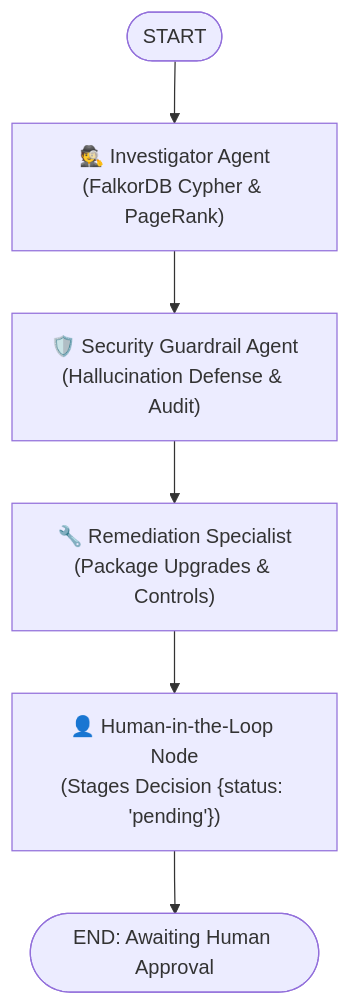
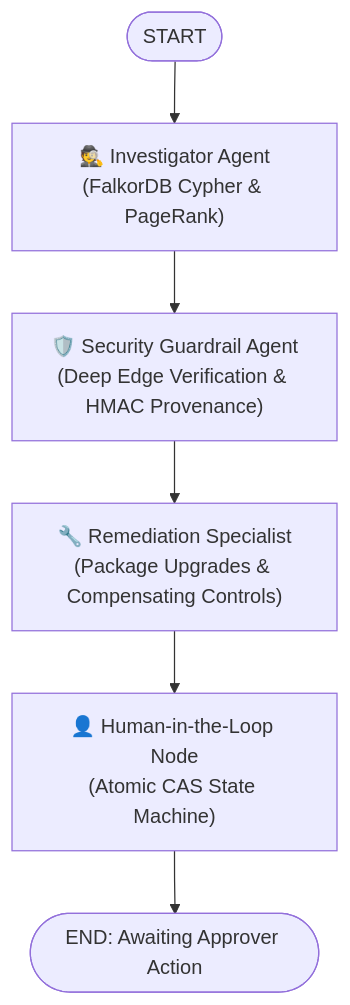
Before and after one commit to anurag-23werty/VulnGraph: the second of 2 diagrams in README.md, drawn with Mermaid. The commit also changed other lines of this file and 1 other file, not shown here.

Commit message:
docs: update README with Five Production Properties, ablation benchmarks, sensitivity tables, and operations guide; enhance UI with decision rejection flow

````diff
--- a/README.md
+++ b/README.md
@@ -124,8 +159,8 @@
 ```mermaid
 graph TD
     Start([START]) --> Investigate["🕵️ Investigator Agent<br>(FalkorDB Cypher & PageRank)"]
-    Investigate --> Guardrail["🛡️ Security Guardrail Agent<br>(Hallucination Defense & Audit)"]
-    Guardrail --> Remediation["🔧 Remediation Specialist<br>(Package Upgrades & Controls)"]
-    Remediation --> HITL["👤 Human-in-the-Loop Node<br>(Stages Decision {status: 'pending'})"]
-    HITL --> Done([END: Awaiting Human Approval])
+    Investigate --> Guardrail["🛡️ Security Guardrail Agent<br>(Deep Edge Verification & HMAC Provenance)"]
+    Guardrail --> Remediation["🔧 Remediation Specialist<br>(Package Upgrades & Compensating Controls)"]
+    Remediation --> HITL["👤 Human-in-the-Loop Node<br>(Atomic CAS State Machine)"]
+    HITL --> Done([END: Awaiting Approver Action])
 ```
````
